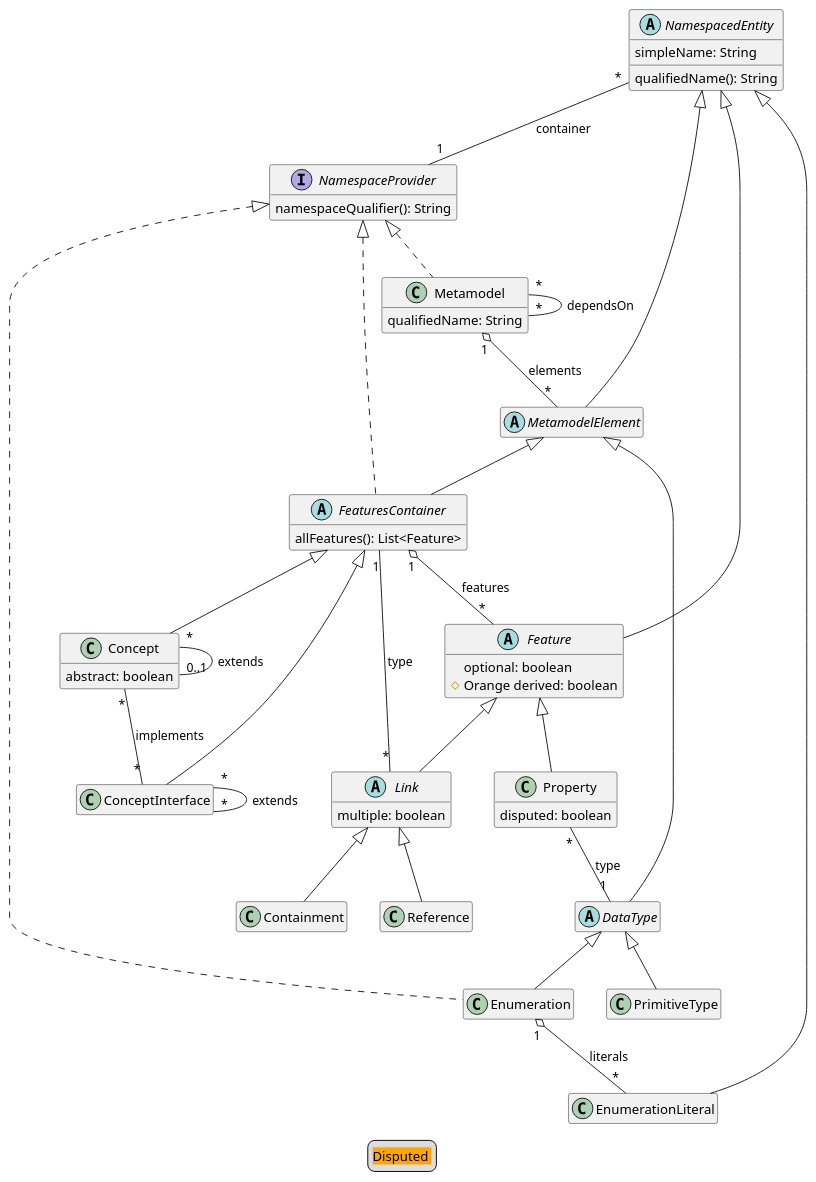
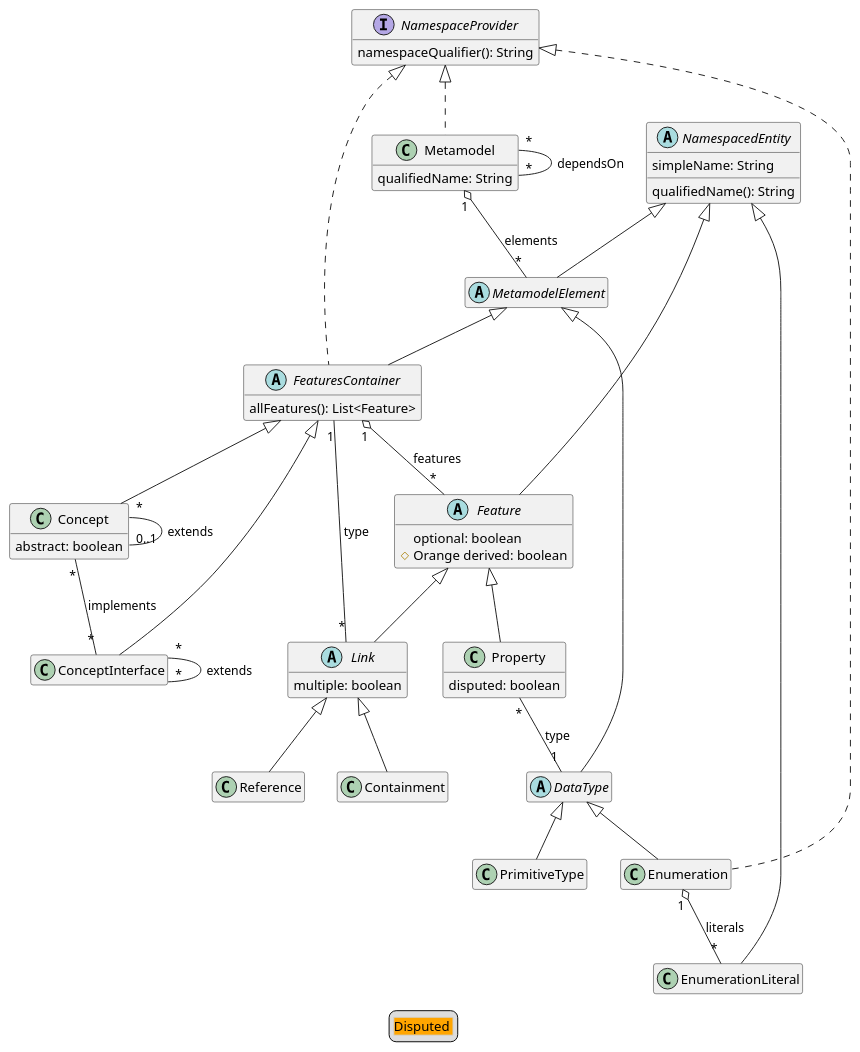
Before and after one commit to LionWeb-io/lionweb-typescript: the diagram in diagrams/metametamodel-gen.puml, drawn with PlantUML. The commit also changed 4 other files, not shown here.

Commit message:
remove NamespacedEntity.container from self-definition

```diff
--- a/diagrams/metametamodel-gen.puml
+++ b/diagrams/metametamodel-gen.puml
@@ -1,95 +1,95 @@
 @startuml
 hide empty members
 
 ' qualified name: "LIonCore.M3"
 
 
 class Concept extends FeaturesContainer {
   abstract: boolean
 }
 
 class ConceptInterface extends FeaturesContainer
 
 class Containment extends Link
 
 abstract class DataType extends MetamodelElement
 
 class Enumeration extends DataType implements NamespaceProvider
 
 class EnumerationLiteral extends NamespacedEntity
 
 abstract class Feature extends NamespacedEntity {
   optional: boolean
   #Orange derived: boolean
 }
 
 abstract class FeaturesContainer extends MetamodelElement implements NamespaceProvider {
   allFeatures(): List<Feature>
 }
 
 ' primitive type: "JSON"
 
 abstract class Link extends Feature {
   multiple: boolean
 }
 
 class Metamodel implements NamespaceProvider {
   qualifiedName: String
 }
 
 abstract class MetamodelElement extends NamespacedEntity
 
 interface NamespaceProvider {
   namespaceQualifier(): String
 }
 
 abstract class NamespacedEntity {
   simpleName: String
   qualifiedName(): String
 }
 
 class PrimitiveType extends DataType
 
 class Property extends Feature {
   disputed: boolean
 }
 
 class Reference extends Link
 
 ' primitive type: "String"
 
 ' primitive type: "boolean"
 
 ' primitive type: "int"
 
 
 
 ' relations:
 
 Concept "*" -- "0..1" Concept: extends
 Concept "*" -- "*" ConceptInterface: implements
 ConceptInterface "*" -- "*" ConceptInterface: extends
 
 
 Enumeration "1" o-- "*" EnumerationLiteral: literals
 
 
 FeaturesContainer "1" o-- "*" Feature: features
 
 Link "*" -- "1" FeaturesContainer: type
 Metamodel "1" o-- "*" MetamodelElement: elements
 Metamodel "*" -- "*" Metamodel: dependsOn
 
 
-NamespacedEntity "*" -- "1" NamespaceProvider: container
+
 
 Property "*" -- "1" DataType: type
 
 
 
 
 
 legend
   <#LightGray,#LightGray>| <#Orange>Disputed |
 end legend
 @enduml
```
